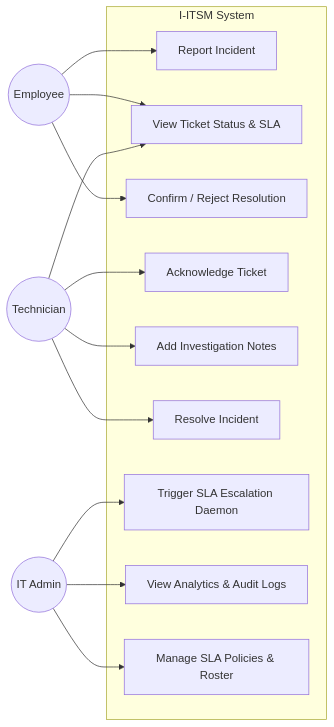
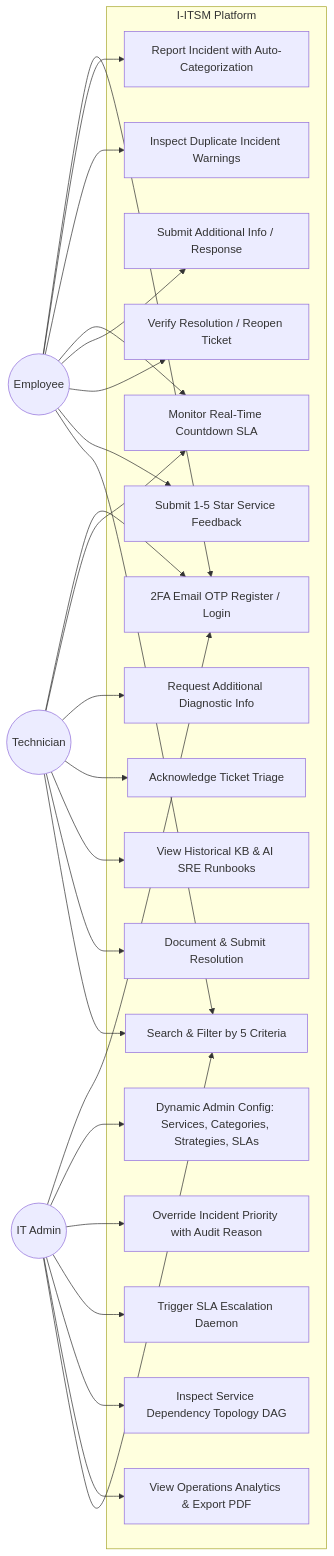
The second of 4 diagrams in PROJECT_REPORT.md (daksh-tamoli/OOPS_PROJECT_26), drawn with Mermaid before and after one commit. The commit also changed other lines of this file and 15 other files, not shown here.

Commit message:
feat: complete Group 75 deliverables, dynamic admin config, dual notification channels, and finalized report

````diff
--- a/PROJECT_REPORT.md
+++ b/PROJECT_REPORT.md
@@ -107,31 +244,51 @@
 ```mermaid
 flowchart LR
     Employee((Employee))
     Technician((Technician))
     Admin((IT Admin))
 
-    subgraph I-ITSM System
-        UC1[Report Incident]
-        UC2[View Ticket Status & SLA]
-        UC3[Confirm / Reject Resolution]
-        UC4[Acknowledge Ticket]
-        UC5[Add Investigation Notes]
-        UC6[Resolve Incident]
-        UC7[Trigger SLA Escalation Daemon]
-        UC8[View Analytics & Audit Logs]
-        UC9[Manage SLA Policies & Roster]
+    subgraph I-ITSM Platform
+        UC_AUTH[2FA Email OTP Register / Login]
+        UC_REP[Report Incident with Auto-Categorization]
+        UC_DUP[Inspect Duplicate Incident Warnings]
+        UC_SLA[Monitor Real-Time Countdown SLA]
+        UC_INFO_REQ[Request Additional Diagnostic Info]
+        UC_INFO_SUB[Submit Additional Info / Response]
+        UC_ACK[Acknowledge Ticket Triage]
+        UC_RUNBOOK[View Historical KB & AI SRE Runbooks]
+        UC_RES[Document & Submit Resolution]
+        UC_VER[Verify Resolution / Reopen Ticket]
+        UC_RATE[Submit 1-5 Star Service Feedback]
+        UC_SEARCH[Search & Filter by 5 Criteria]
+        UC_TOPO[Inspect Service Dependency Topology DAG]
+        UC_ADMIN_CONF[Dynamic Admin Config: Services, Categories, Strategies, SLAs]
+        UC_PRIO_OVR[Override Incident Priority with Audit Reason]
+        UC_ESC[Trigger SLA Escalation Daemon]
+        UC_ANALYTICS[View Operations Analytics & Export PDF]
     end
 
-    Employee --> UC1
-    Employee --> UC2
-    Employee --> UC3
+    Employee --> UC_AUTH
+    Employee --> UC_REP
+    Employee --> UC_DUP
+    Employee --> UC_SLA
+    Employee --> UC_INFO_SUB
+    Employee --> UC_VER
+    Employee --> UC_RATE
+    Employee --> UC_SEARCH
 
-    Technician --> UC4
-    Technician --> UC5
-    Technician --> UC6
-    Technician --> UC2
+    Technician --> UC_AUTH
+    Technician --> UC_SLA
+    Technician --> UC_INFO_REQ
+    Technician --> UC_ACK
+    Technician --> UC_RUNBOOK
+    Technician --> UC_RES
+    Technician --> UC_SEARCH
 
-    Admin --> UC7
-    Admin --> UC8
-    Admin --> UC9
+    Admin --> UC_AUTH
+    Admin --> UC_ADMIN_CONF
+    Admin --> UC_PRIO_OVR
+    Admin --> UC_ESC
+    Admin --> UC_TOPO
+    Admin --> UC_ANALYTICS
+    Admin --> UC_SEARCH
 ```
````
